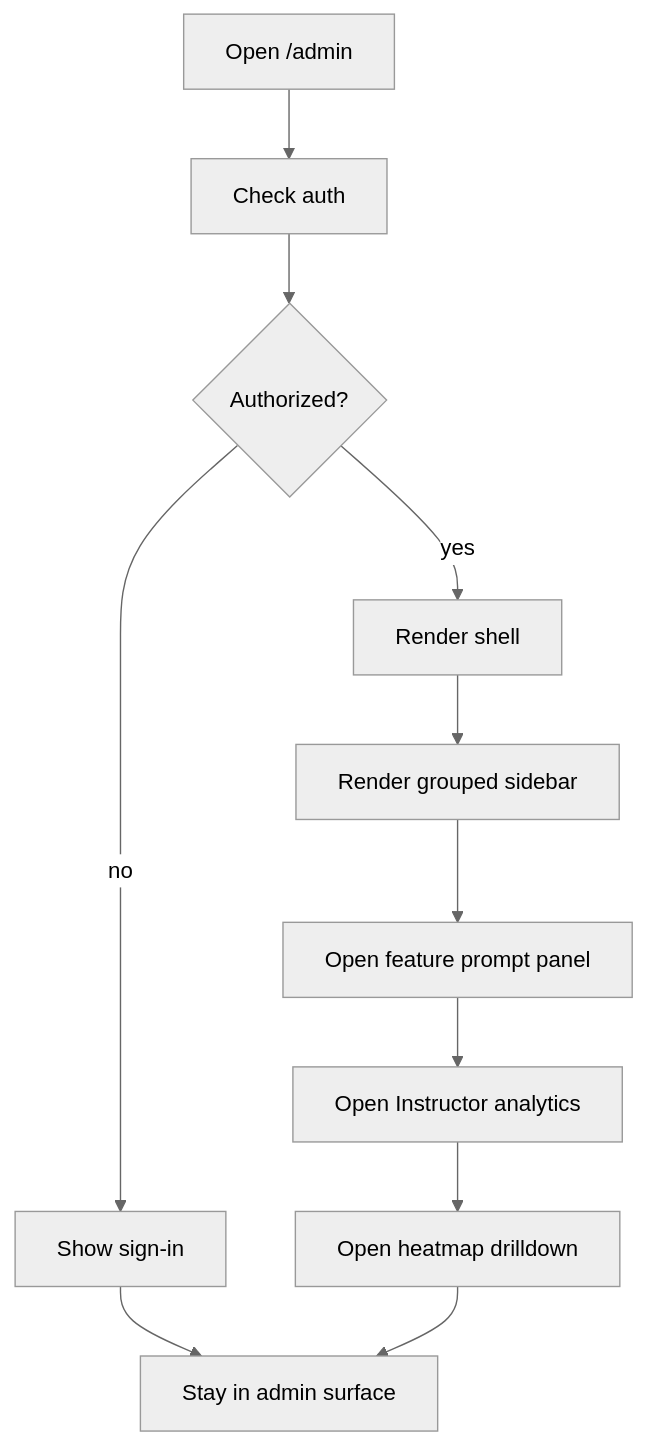
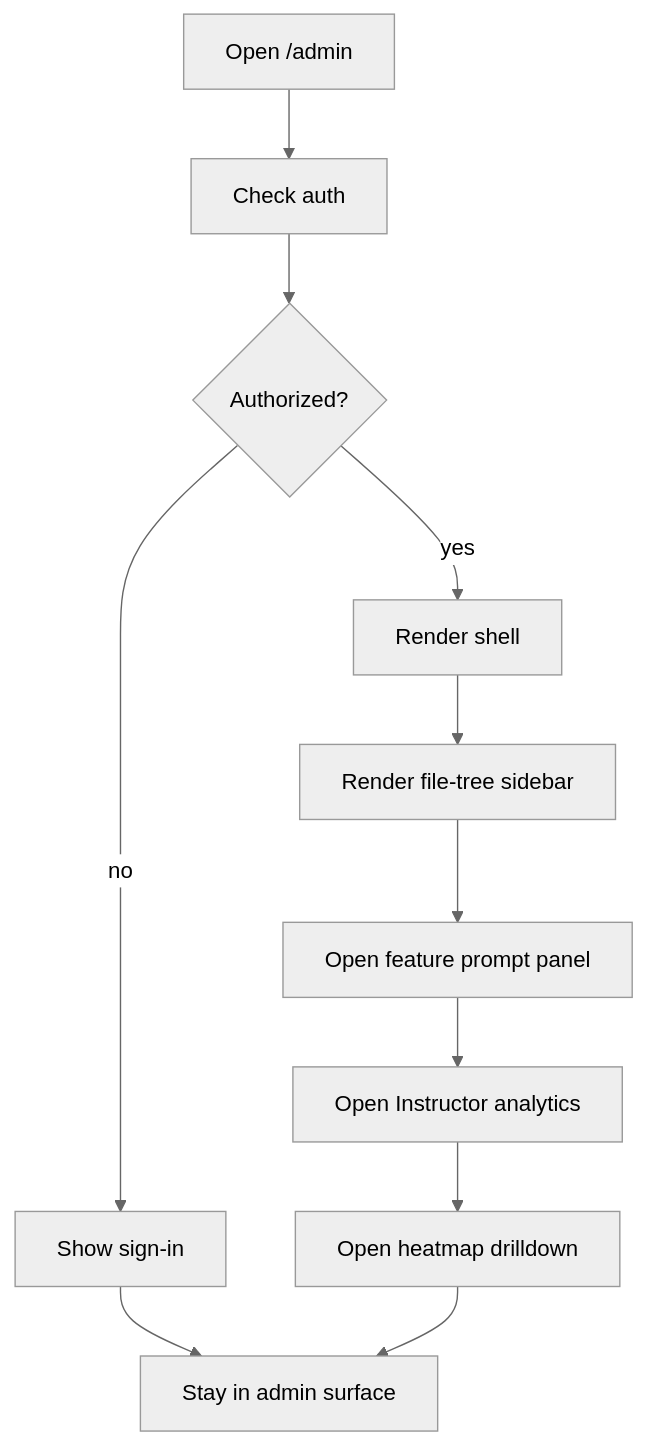
Before and after one commit to JohnAndrewBalbarosa/NeoTerritory: the diagram in docs/Codebase/Frontend/src/admin/AdminApp.tsx.md, drawn with Mermaid (neutral theme). The commit also changed other lines of this file and 3 other files, not shown here.

Commit message:
docs: make admin sidebar a file tree

````diff
--- a/docs/Codebase/Frontend/src/admin/AdminApp.tsx.md
+++ b/docs/Codebase/Frontend/src/admin/AdminApp.tsx.md
@@ -32,16 +32,16 @@
 ```mermaid
 flowchart TD
     Start["Open /admin"]
     N0["Check auth"]
     D0{"Authorized?"}
     N1["Show sign-in"]
     N2["Render shell"]
-    N3["Render grouped sidebar"]
+    N3["Render file-tree sidebar"]
     N4["Open feature prompt panel"]
     N5["Open Instructor analytics"]
     N6["Open heatmap drilldown"]
     End["Stay in admin surface"]
     Start --> N0 --> D0
     D0 -->|no| N1 --> End
     D0 -->|yes| N2 --> N3 --> N4 --> N5 --> N6 --> End
 ```
````
